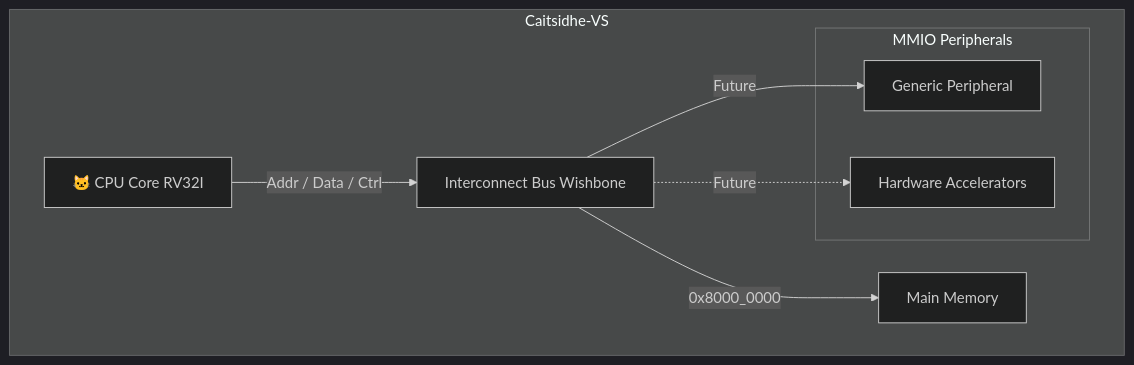
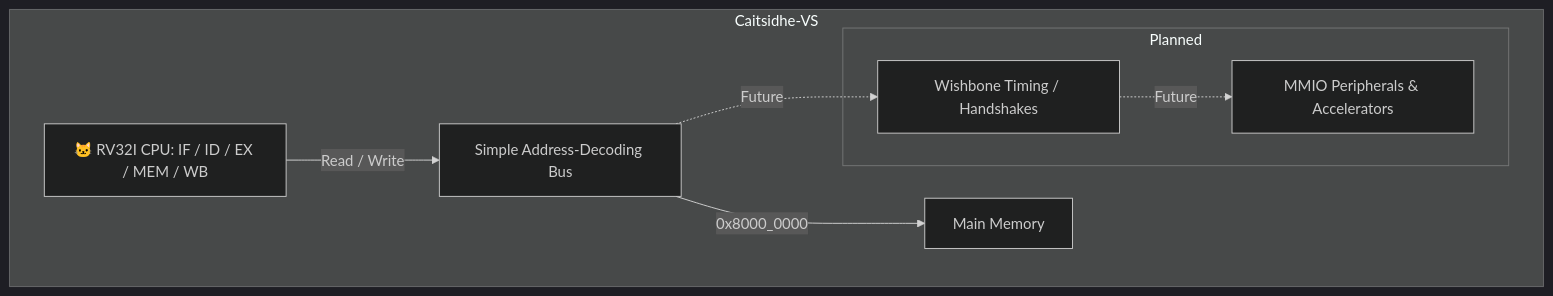
The diagram in README.md (AndreLimaJordao/Caitsidhe-VS), drawn with Mermaid (dark theme) before and after one commit. The commit also changed other lines of this file and 11 other files, not shown here.

````diff
--- a/README.md
+++ b/README.md
@@ -18,18 +18,16 @@
 ```mermaid
 graph TD
     subgraph SoC [Caitsidhe-VS]
-        CPU[🐱 CPU Core RV32I] 
-        BUS[Interconnect Bus Wishbone]
+        CPU[🐱 RV32I CPU: IF / ID / EX / MEM / WB]
+        BUS[Simple Address-Decoding Bus]
         RAM[Main Memory]
-        
-        subgraph Peripherals [MMIO Peripherals]
-            GEN_PER[Generic Peripheral]
-            HW_ACC[Hardware Accelerators]
+        subgraph Future [Planned]
+            WB[Wishbone Timing / Handshakes]
+            PER[MMIO Peripherals & Accelerators]
         end
     end
-
-    CPU -->|Addr / Data / Ctrl| BUS
+    CPU -->|Read / Write| BUS
     BUS -->|0x8000_0000| RAM
-    BUS -->|Future| GEN_PER
-    BUS -.->|Future| HW_ACC
+    BUS -.->|Future| WB
+    WB -.->|Future| PER
 ```
````
